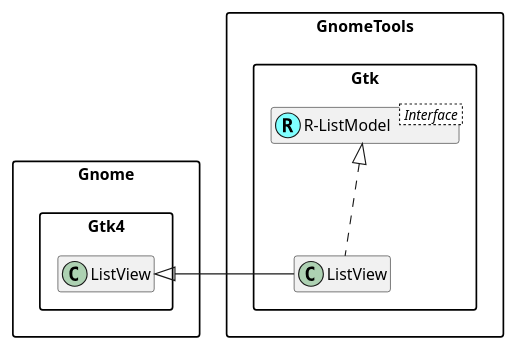
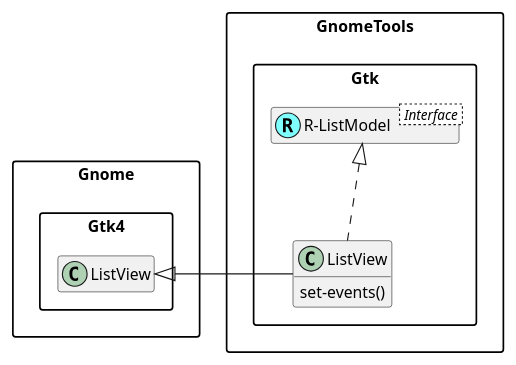
The second of 5 diagrams in lib/GnomeTools/Gtk/plantuml/ListModel.md (MARTIMM/GnomeTools), drawn with PlantUML before and after one commit.

````diff
--- a/lib/GnomeTools/Gtk/plantuml/ListModel.md
+++ b/lib/GnomeTools/Gtk/plantuml/ListModel.md
@@ -34,18 +34,22 @@
 ```plantuml
 @startuml
 scale 0.9
 
 skinparam packageStyle rectangle
 skinparam stereotypeCBackgroundColor #80ffff
 set namespaceSeparator ::
 hide empty members
 
 Interface GnomeTools::Gtk::R-ListModel < Interface >
 class GnomeTools::Gtk::R-ListModel <<(R,#80ffff)>>
 
+class GnomeTools::Gtk::ListView {
+  set-events()
+}
+
 "GnomeTools::Gtk::R-ListModel" <|.. "GnomeTools::Gtk::ListView"
 '"GnomeTools::Gtk::R-ListEventModel" <|.. "GnomeTools::Gtk::ListView"
 "Gnome::Gtk4::ListView" <|- "GnomeTools::Gtk::ListView"
 
 @enduml
 ```
````
